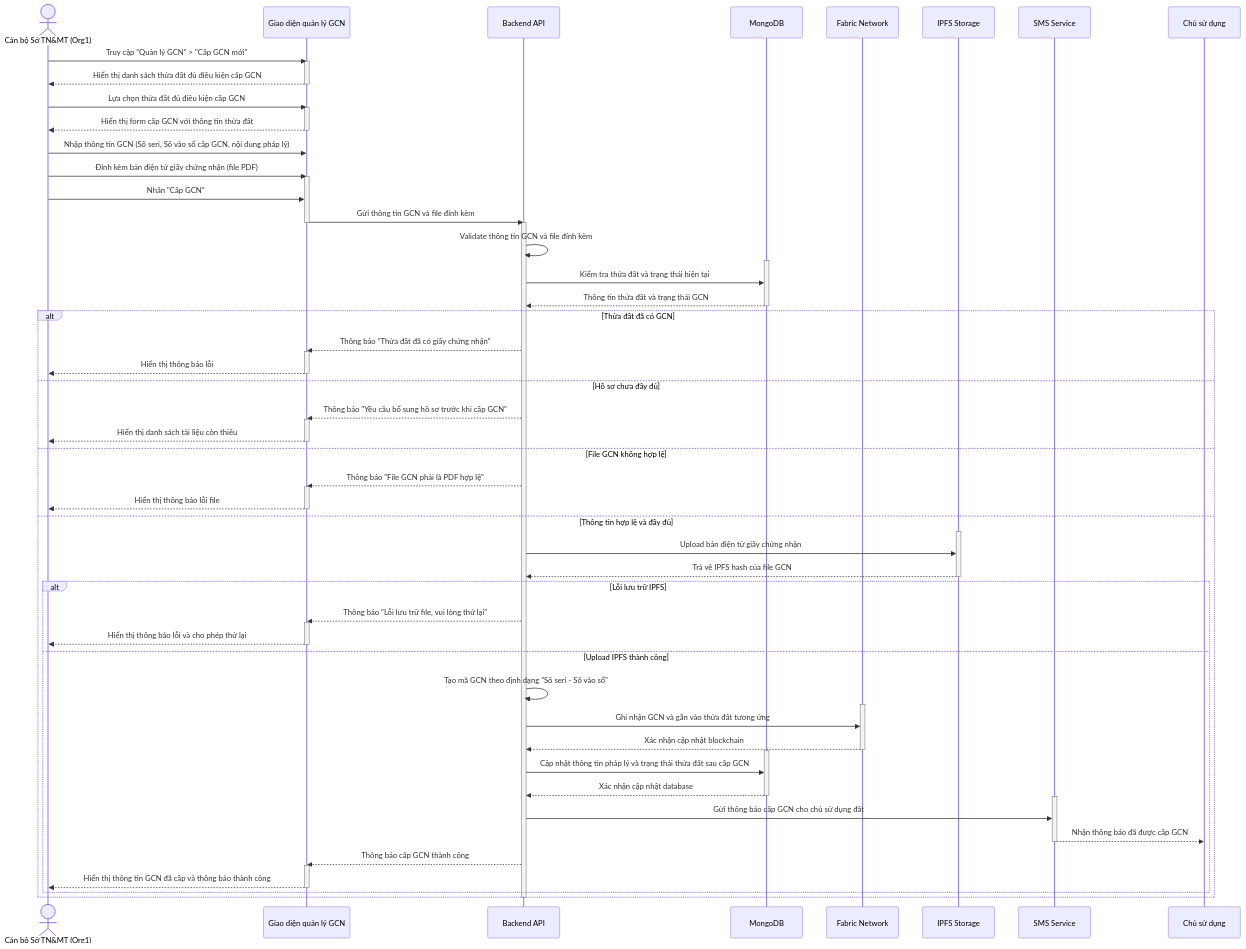
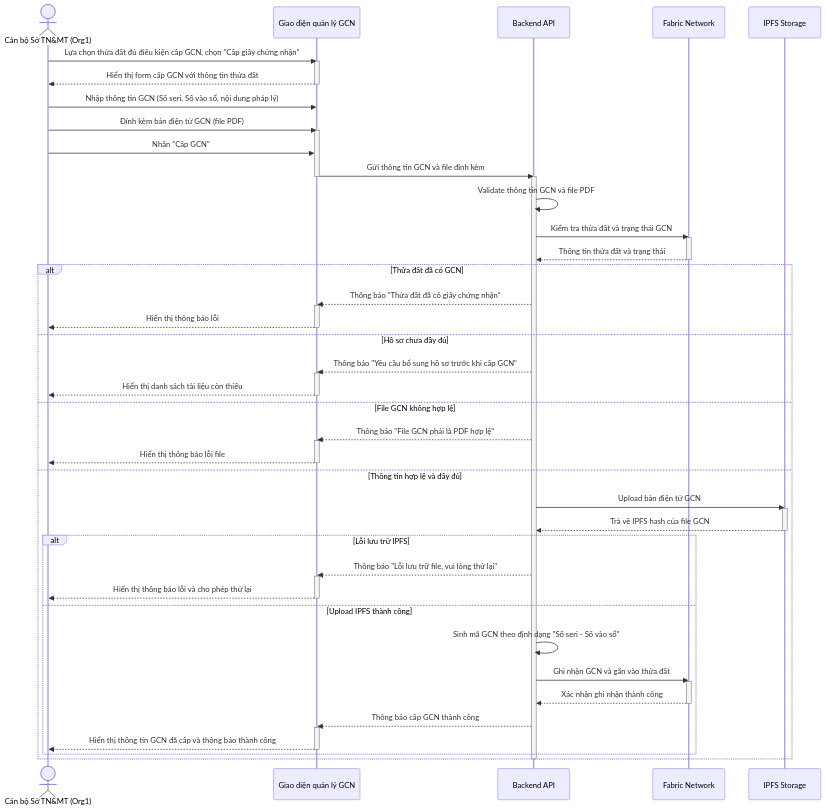
One commit to Thienpkae/DATN changed diagram 14 of 39 in Complete_Use_Case_Sequence_Diagrams.md. Above: the diagram before and after it, drawn with Mermaid. The commit also changed other lines of this file and 50 other files, not shown here.

````diff
--- a/Complete_Use_Case_Sequence_Diagrams.md
+++ b/Complete_Use_Case_Sequence_Diagrams.md
@@ -1174,35 +965,28 @@
     actor Officer as Cán bộ Sở TN&MT (Org1)
     participant UI as Giao diện quản lý GCN
     participant API as Backend API
-    participant DB as MongoDB
     participant Blockchain as Fabric Network
     participant IPFS as IPFS Storage
-    participant SMS as SMS Service
 
-    Officer ->> UI: Truy cập "Quản lý GCN" > "Cấp GCN mới"
-    activate UI
-    UI -->> Officer: Hiển thị danh sách thửa đất đủ điều kiện cấp GCN
-    deactivate UI
-
-    Officer ->> UI: Lựa chọn thửa đất đủ điều kiện cấp GCN
+    Officer ->> UI: Lựa chọn thửa đất đủ điều kiện cấp GCN, chọn "Cấp giấy chứng nhận"
     activate UI
     UI -->> Officer: Hiển thị form cấp GCN với thông tin thửa đất
     deactivate UI
 
-    Officer ->> UI: Nhập thông tin GCN (Số seri, Số vào sổ cấp GCN, nội dung pháp lý)
-    Officer ->> UI: Đính kèm bản điện tử giấy chứng nhận (file PDF)
+    Officer ->> UI: Nhập thông tin GCN (Số seri, Số vào sổ, nội dung pháp lý)
+    Officer ->> UI: Đính kèm bản điện tử GCN (file PDF)
     activate UI
     Officer ->> UI: Nhấn "Cấp GCN"
     UI ->> API: Gửi thông tin GCN và file đính kèm
     deactivate UI
 
     activate API
-    API ->> API: Validate thông tin GCN và file đính kèm
+    API ->> API: Validate thông tin GCN và file PDF
 
-    activate DB
-    API ->> DB: Kiểm tra thửa đất và trạng thái hiện tại
-    DB -->> API: Thông tin thửa đất và trạng thái GCN
-    deactivate DB
+    API ->> Blockchain: Kiểm tra thửa đất và trạng thái GCN
+    activate Blockchain
+    Blockchain -->> API: Thông tin thửa đất và trạng thái
+    deactivate Blockchain
 
     alt Thửa đất đã có GCN
         API -->> UI: Thông báo "Thửa đất đã có giấy chứng nhận"
@@ -1220,8 +1004,8 @@
         UI -->> Officer: Hiển thị thông báo lỗi file
         deactivate UI
     else Thông tin hợp lệ và đầy đủ
+        API ->> IPFS: Upload bản điện tử GCN
         activate IPFS
-        API ->> IPFS: Upload bản điện tử giấy chứng nhận
         IPFS -->> API: Trả về IPFS hash của file GCN
         deactivate IPFS
 
@@ -1231,22 +1015,12 @@
             UI -->> Officer: Hiển thị thông báo lỗi và cho phép thử lại
             deactivate UI
         else Upload IPFS thành công
-            API ->> API: Tạo mã GCN theo định dạng "Số seri - Số vào sổ"
+            API ->> API: Sinh mã GCN theo định dạng "Số seri - Số vào sổ"
 
+            API ->> Blockchain: Ghi nhận GCN và gắn vào thửa đất
             activate Blockchain
-            API ->> Blockchain: Ghi nhận GCN và gắn vào thửa đất tương ứng
-            Blockchain -->> API: Xác nhận cập nhật blockchain
+            Blockchain -->> API: Xác nhận ghi nhận thành công
             deactivate Blockchain
-
-            activate DB
-            API ->> DB: Cập nhật thông tin pháp lý và trạng thái thửa đất sau cấp GCN
-            DB -->> API: Xác nhận cập nhật database
-            deactivate DB
-
-            activate SMS
-            API ->> SMS: Gửi thông báo cấp GCN cho chủ sử dụng đất
-            SMS -->> Chủ sử dụng: Nhận thông báo đã được cấp GCN
-            deactivate SMS
 
             API -->> UI: Thông báo cấp GCN thành công
             activate UI
@@ -1256,4 +1030,5 @@
     end
 
     deactivate API
+
 ```
````
